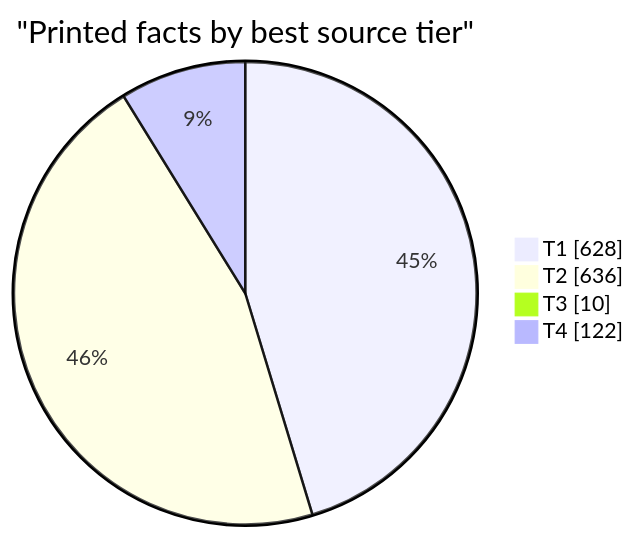
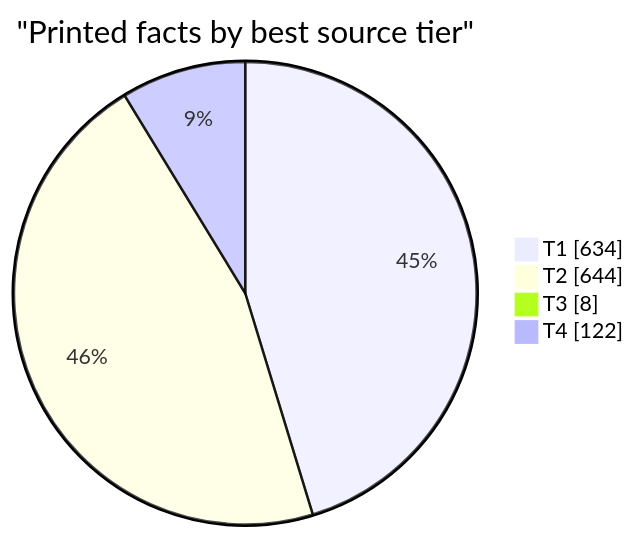
Before and after one commit to EU27-data-sovereignty/eu27-data-sovereignty: the second of 5 diagrams in docs/evidence.md, drawn with Mermaid. The commit also changed other lines of this file and 57 other files, not shown here.

````diff
--- a/docs/evidence.md
+++ b/docs/evidence.md
@@ -36,8 +36,8 @@
 ```mermaid
 pie showData
   title "Printed facts by best source tier"
-  "T1" : 628
-  "T2" : 636
-  "T3" : 10
+  "T1" : 634
+  "T2" : 644
+  "T3" : 8
   "T4" : 122
 ```
````
